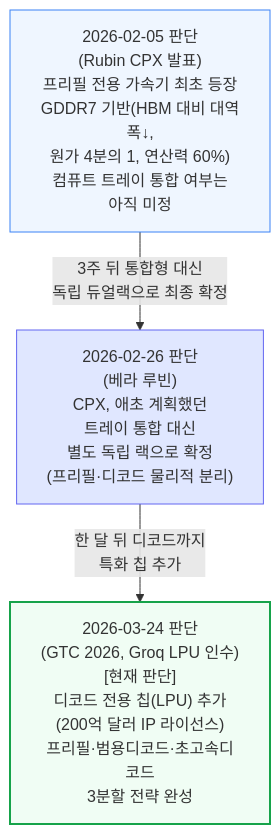
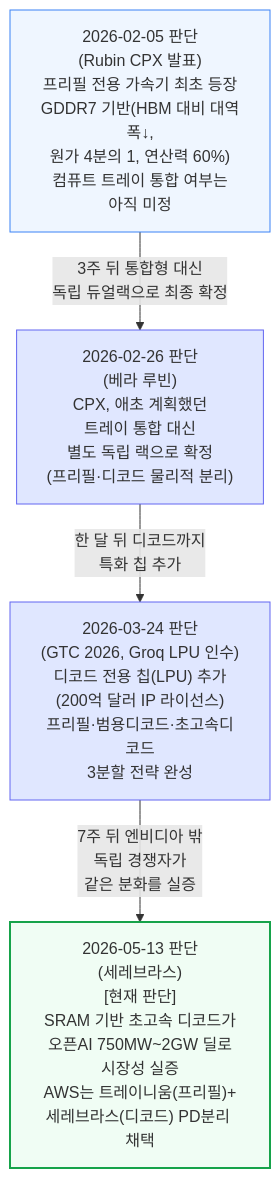
One commit to yohan4477/semi-report changed the third of 5 diagrams in 통합 리포트/카테고리별 통합 리포트/[260711] 컴퓨트 통합 리포트.md. Above: the diagram before and after it, drawn with Mermaid. The commit also changed other lines of this file and 2 other files, not shown here.

````diff
--- a/통합 리포트/카테고리별 통합 리포트/[260711] 컴퓨트 통합 리포트.md
+++ b/통합 리포트/카테고리별 통합 리포트/[260711] 컴퓨트 통합 리포트.md
@@ -103,8 +104,9 @@
 ```mermaid
 flowchart TD
-    D2602c["2026-02-05 판단<br/>(Rubin CPX 발표)<br/>프리필 전용 가속기 최초 등장<br/>GDDR7 기반(HBM 대비 대역폭↓,<br/>원가 4분의 1, 연산력 60%)<br/>컴퓨트 트레이 통합 여부는<br/>아직 미정"] -->|"3주 뒤 통합형 대신<br/>독립 듀얼랙으로 최종 확정"| D2602d["2026-02-26 판단<br/>(베라 루빈)<br/>CPX, 애초 계획했던<br/>트레이 통합 대신<br/>별도 독립 랙으로 확정<br/>(프리필·디코드 물리적 분리)"] -->|"한 달 뒤 디코드까지<br/>특화 칩 추가"| D2603b["2026-03-24 판단<br/>(GTC 2026, Groq LPU 인수)<br/>[현재 판단]<br/>디코드 전용 칩(LPU) 추가<br/>(200억 달러 IP 라이선스)<br/>프리필·범용디코드·초고속디코드<br/>3분할 전략 완성"]
+    D2602c["2026-02-05 판단<br/>(Rubin CPX 발표)<br/>프리필 전용 가속기 최초 등장<br/>GDDR7 기반(HBM 대비 대역폭↓,<br/>원가 4분의 1, 연산력 60%)<br/>컴퓨트 트레이 통합 여부는<br/>아직 미정"] -->|"3주 뒤 통합형 대신<br/>독립 듀얼랙으로 최종 확정"| D2602d["2026-02-26 판단<br/>(베라 루빈)<br/>CPX, 애초 계획했던<br/>트레이 통합 대신<br/>별도 독립 랙으로 확정<br/>(프리필·디코드 물리적 분리)"] -->|"한 달 뒤 디코드까지<br/>특화 칩 추가"| D2603b["2026-03-24 판단<br/>(GTC 2026, Groq LPU 인수)<br/>디코드 전용 칩(LPU) 추가<br/>(200억 달러 IP 라이선스)<br/>프리필·범용디코드·초고속디코드<br/>3분할 전략 완성"] -->|"7주 뒤 엔비디아 밖<br/>독립 경쟁자가<br/>같은 분화를 실증"| D2605["2026-05-13 판단<br/>(세레브라스)<br/>[현재 판단]<br/>SRAM 기반 초고속 디코드가<br/>오픈AI 750MW~2GW 딜로<br/>시장성 실증<br/>AWS는 트레이니움(프리필)+<br/>세레브라스(디코드) PD분리 채택"]
 
     style D2602c fill:#eff6ff,stroke:#3b82f6
     style D2602d fill:#e0e7ff,stroke:#6366f1
-    style D2603b fill:#f0fdf4,stroke:#16a34a,stroke-width:2px
+    style D2603b fill:#e0e7ff,stroke:#6366f1
+    style D2605 fill:#f0fdf4,stroke:#16a34a,stroke-width:2px
 ```
````
